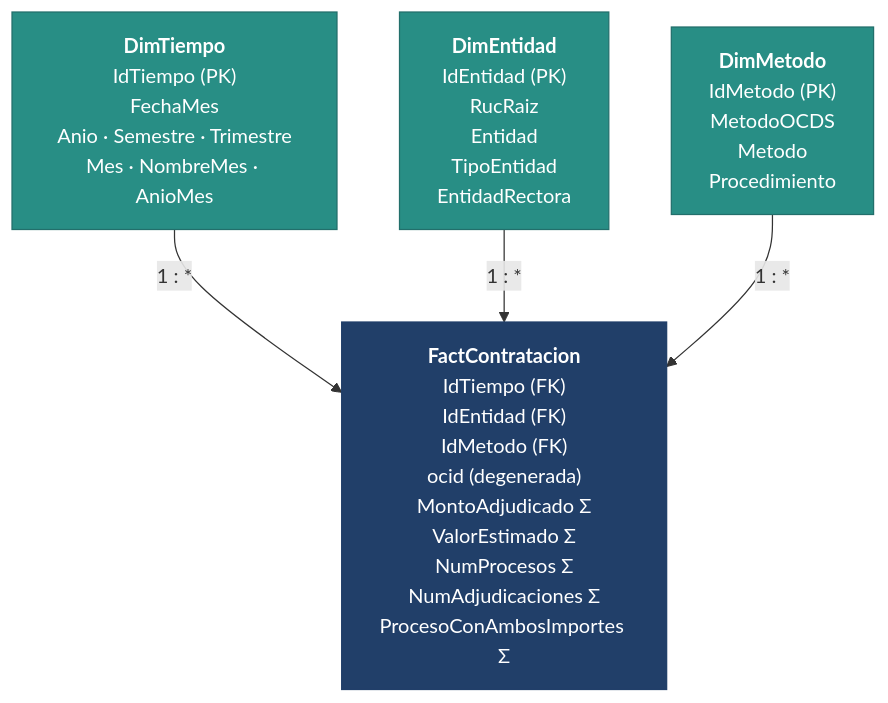
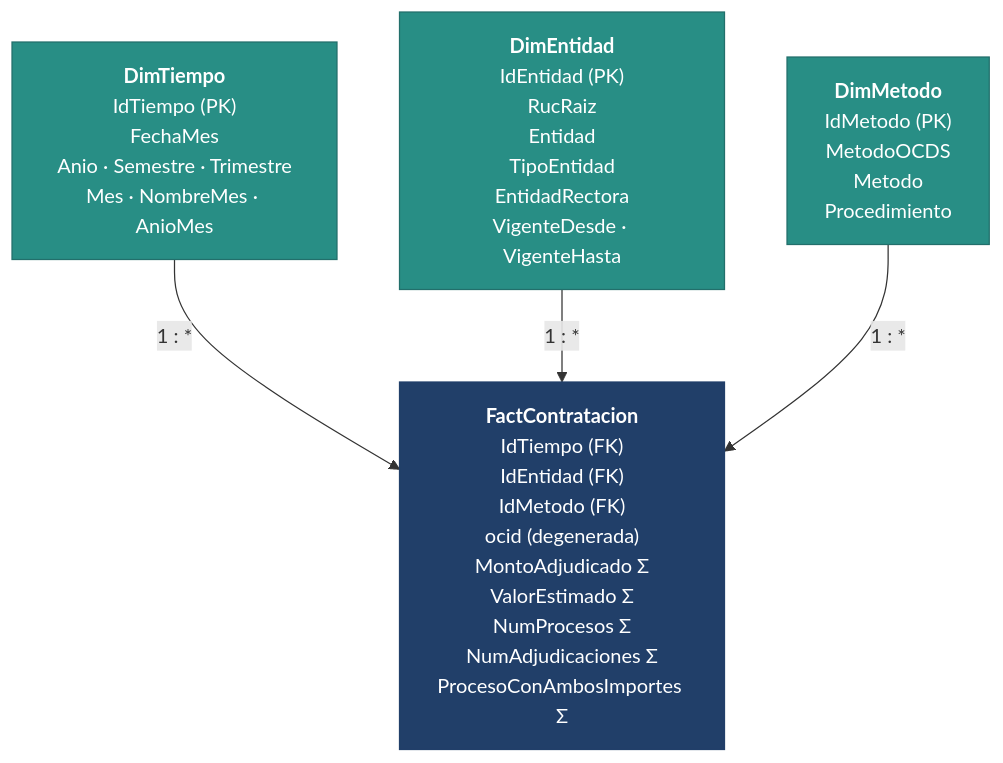
One commit to Vladimirjon/ec-gov-procurement-dw changed the diagram in docs/h3/diseno-dimensional.md. Above: the diagram before and after it, drawn with Mermaid. The commit also changed other lines of this file, not shown here.

````diff
--- a/docs/h3/diseno-dimensional.md
+++ b/docs/h3/diseno-dimensional.md
@@ -59,14 +59,14 @@
 ```mermaid
 flowchart TB
     DT["<b>DimTiempo</b><br/>IdTiempo (PK)<br/>FechaMes<br/>Anio · Semestre · Trimestre<br/>Mes · NombreMes · AnioMes"]
-    DE["<b>DimEntidad</b><br/>IdEntidad (PK)<br/>RucRaiz<br/>Entidad<br/>TipoEntidad<br/>EntidadRectora"]
+    DE["<b>DimEntidad</b><br/>IdEntidad (PK)<br/>RucRaiz<br/>Entidad<br/>TipoEntidad<br/>EntidadRectora<br/>VigenteDesde · VigenteHasta"]
     DM["<b>DimMetodo</b><br/>IdMetodo (PK)<br/>MetodoOCDS<br/>Metodo<br/>Procedimiento"]
     FC["<b>FactContratacion</b><br/>IdTiempo (FK)<br/>IdEntidad (FK)<br/>IdMetodo (FK)<br/>ocid (degenerada)<br/>MontoAdjudicado Σ<br/>ValorEstimado Σ<br/>NumProcesos Σ<br/>NumAdjudicaciones Σ<br/>ProcesoConAmbosImportes Σ"]
     DT -->|"1 : *"| FC
     DE -->|"1 : *"| FC
     DM -->|"1 : *"| FC
     classDef dimension fill:#288e85,stroke:#226f6b,color:#fff;
     classDef fact fill:#213f69,stroke:#213f69,color:#fff;
     class DT,DE,DM dimension;
     class FC fact;
 ```
````
